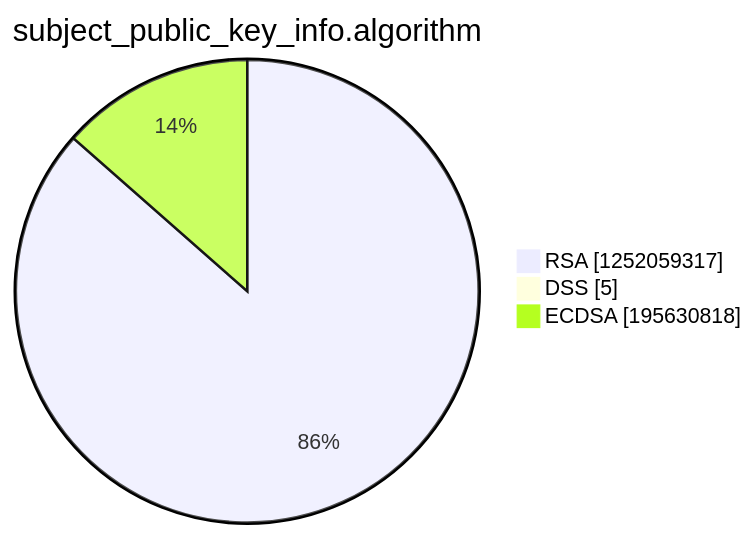
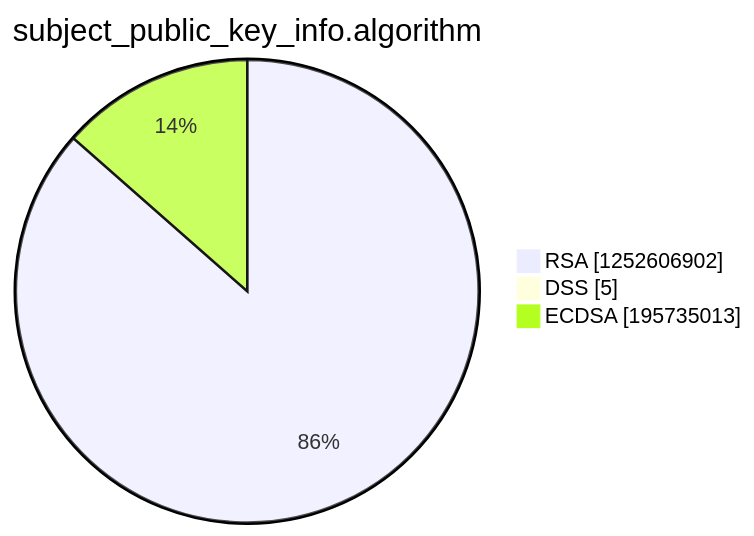
One commit to christiankrug/ctmonitor_visualization changed the third of 15 diagrams in argon2022/README.md. Above: the diagram before and after it, drawn with Mermaid. The commit also changed other lines of this file, not shown here.

````diff
--- a/argon2022/README.md
+++ b/argon2022/README.md
@@ -14,7 +14,7 @@
 ```mermaid
 pie showData
 title subject_public_key_info.algorithm
-"RSA" :1252059317
+"RSA" :1252606902
 "DSS" :5
-"ECDSA" :195630818
+"ECDSA" :195735013
 ```
````
